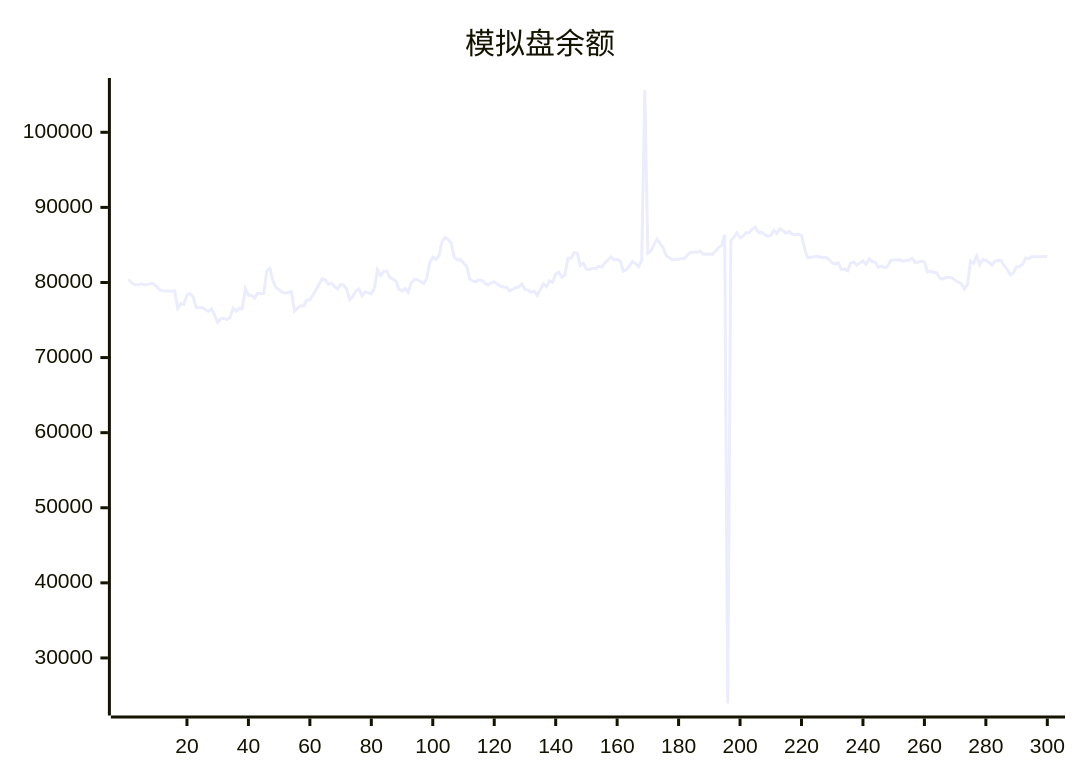
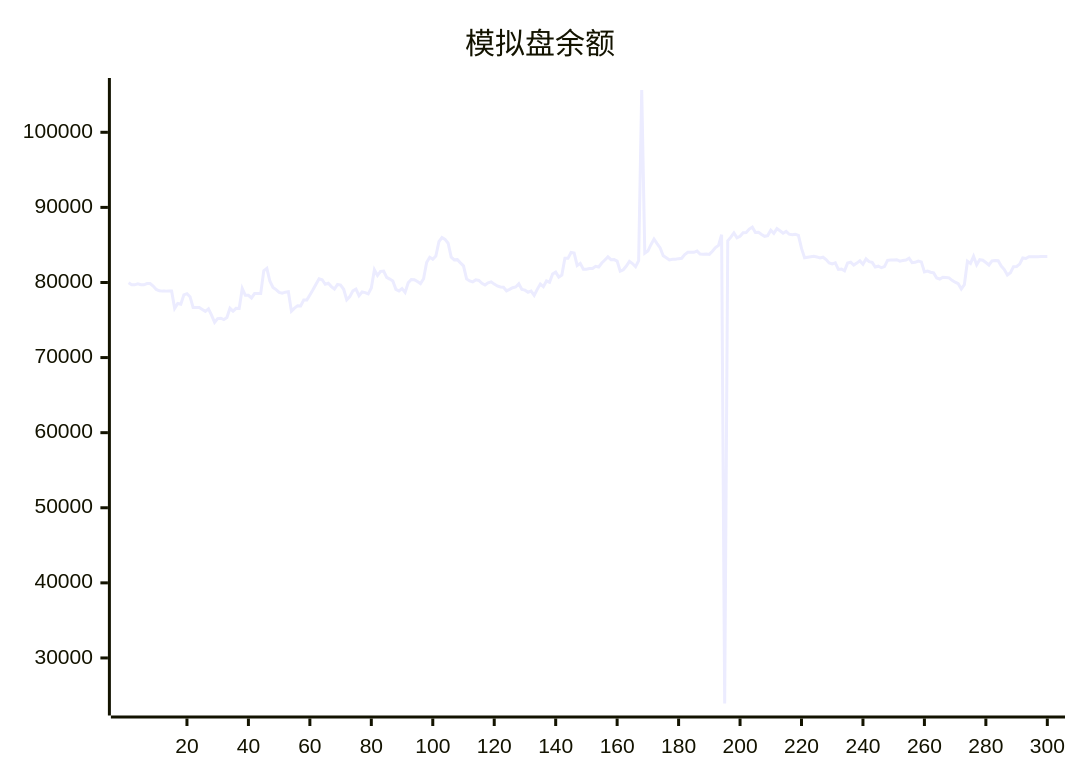
One commit to aahl/ai-trading changed the diagram in README.md. Above: the diagram before and after it, drawn with Mermaid. The commit also changed other lines of this file and 1 other file, not shown here.

````diff
--- a/README.md
+++ b/README.md
@@ -5,5 +5,5 @@
 ```mermaid
 xychart
     title "模拟盘余额"
-    line [80436,79966,79689,79689,79819,79692,79692,79850,79850,79518,79071,78889,78850,78850,78878,78878,76554,77202,77103,78357,78510,78106,76678,76677,76672,76411,76159,76485,75656,74695,75197,75246,75052,75334,76564,76179,76553,76551,79196,78300,78300,77944,78531,78531,78521,81564,81884,80160,79335,79055,78675,78580,78708,78764,76179,76586,76902,76876,77658,77669,78346,79023,79769,80497,80366,79761,79896,79448,79126,79749,79658,79097,77695,78114,78888,79126,78249,78738,78653,78478,79271,81680,80923,81488,81527,80681,80455,80190,79084,78879,79193,78686,79954,80403,80374,80118,79848,80491,82665,83351,83098,83525,85430,85983,85737,85221,83378,83014,83043,82613,82216,80477,80208,80081,80348,80277,79894,79670,79965,80093,79786,79542,79406,79371,78893,79087,79304,79406,79841,79072,78978,78696,78846,78272,79085,79787,79442,80198,80031,81120,81379,80718,80985,83214,83212,83993,83921,82270,82547,81776,81776,81866,81866,82158,82061,82596,83000,83408,83041,83050,82858,81503,81691,82188,82812,82517,82092,82901,105633,83898,84180,85030,85781,85178,84604,83569,83298,83008,83093,83107,83175,83228,83729,84025,84017,84019,84177,83775,83762,83785,83738,84160,84639,84939,86370,23934,85548,86046,86599,85942,86161,86622,86664,87115,87369,86666,86685,86384,86152,86243,86969,86548,87164,86885,86566,86809,86427,86348,86417,86273,84538,83299,83369,83430,83490,83404,83270,83362,83056,82605,82459,82614,81734,81788,81551,82598,82702,82320,82580,82878,82426,83139,82778,82686,82056,82166,81963,82110,82951,82983,82984,83038,82838,82915,82998,83235,82642,82682,82858,82746,81396,81512,81362,81277,80600,80461,80699,80673,80616,80288,80038,79836,79142,79722,82837,82533,83480,82366,83032,82960,82654,82330,82883,82934,82901,82188,81728,81005,81298,82110,82135,82449,83264,83203,83440,83439,83440,83440,83446,83447]
+    line [79966,79689,79689,79819,79692,79692,79850,79850,79518,79071,78889,78850,78850,78878,78878,76554,77202,77103,78357,78510,78106,76678,76677,76672,76411,76159,76485,75656,74695,75197,75246,75052,75334,76564,76179,76553,76551,79196,78300,78300,77944,78531,78531,78521,81564,81884,80160,79335,79055,78675,78580,78708,78764,76179,76586,76902,76876,77658,77669,78346,79023,79769,80497,80366,79761,79896,79448,79126,79749,79658,79097,77695,78114,78888,79126,78249,78738,78653,78478,79271,81680,80923,81488,81527,80681,80455,80190,79084,78879,79193,78686,79954,80403,80374,80118,79848,80491,82665,83351,83098,83525,85430,85983,85737,85221,83378,83014,83043,82613,82216,80477,80208,80081,80348,80277,79894,79670,79965,80093,79786,79542,79406,79371,78893,79087,79304,79406,79841,79072,78978,78696,78846,78272,79085,79787,79442,80198,80031,81120,81379,80718,80985,83214,83212,83993,83921,82270,82547,81776,81776,81866,81866,82158,82061,82596,83000,83408,83041,83050,82858,81503,81691,82188,82812,82517,82092,82901,105633,83898,84180,85030,85781,85178,84604,83569,83298,83008,83093,83107,83175,83228,83729,84025,84017,84019,84177,83775,83762,83785,83738,84160,84639,84939,86370,23934,85548,86046,86599,85942,86161,86622,86664,87115,87369,86666,86685,86384,86152,86243,86969,86548,87164,86885,86566,86809,86427,86348,86417,86273,84538,83299,83369,83430,83490,83404,83270,83362,83056,82605,82459,82614,81734,81788,81551,82598,82702,82320,82580,82878,82426,83139,82778,82686,82056,82166,81963,82110,82951,82983,82984,83038,82838,82915,82998,83235,82642,82682,82858,82746,81396,81512,81362,81277,80600,80461,80699,80673,80616,80288,80038,79836,79142,79722,82837,82533,83480,82366,83032,82960,82654,82330,82883,82934,82901,82188,81728,81005,81298,82110,82135,82449,83264,83203,83440,83439,83440,83440,83446,83447,83448]
 ```
````
